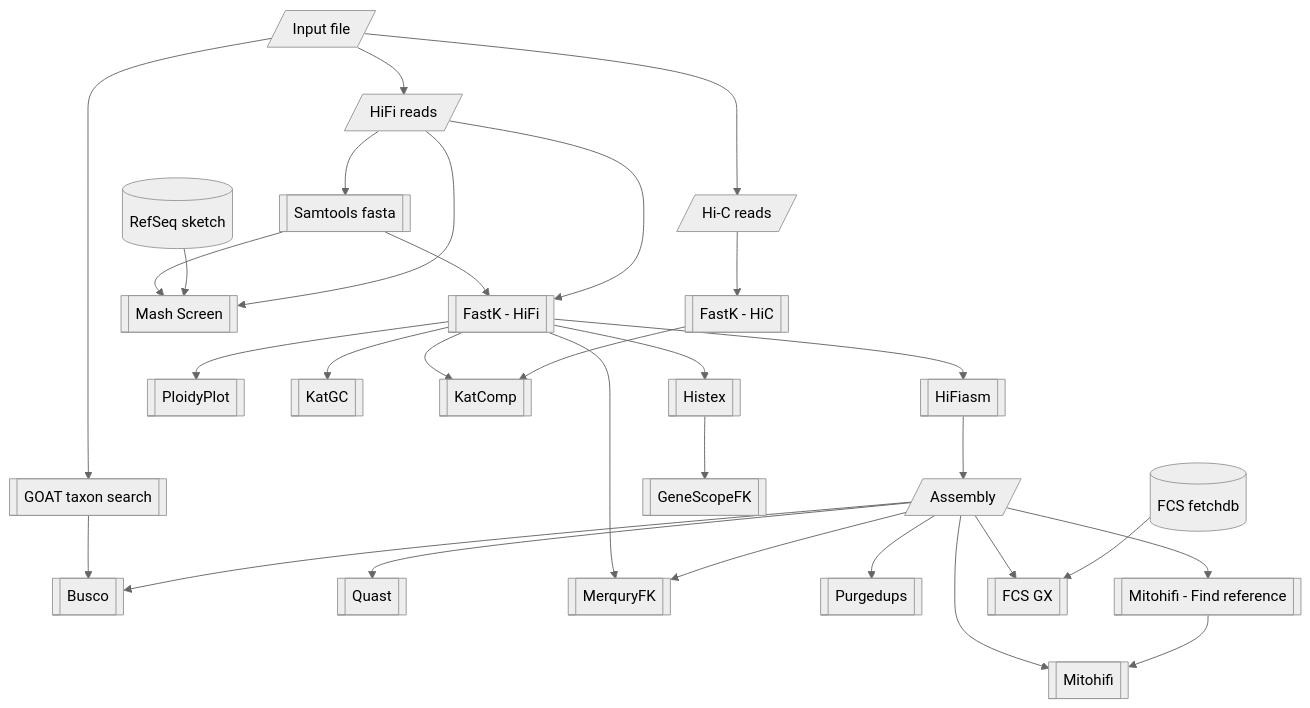
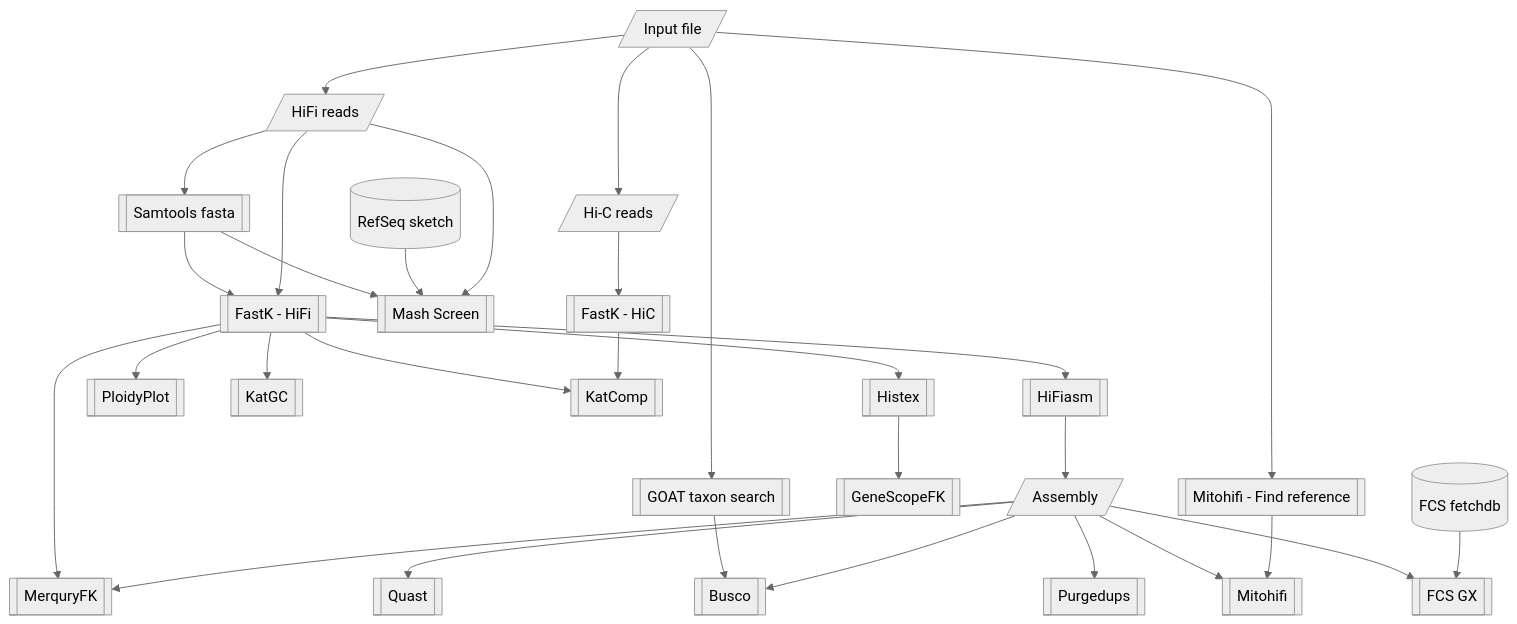
One commit to NBISweden/Earth-Biogenome-Project-pilot changed the second of 2 diagrams in README.md. Above: the diagram before and after it, drawn with Mermaid (neutral theme).

Commit message:
Update workflow implementation

````diff
--- a/README.md
+++ b/README.md
@@ -23,32 +23,32 @@
 ```mermaid
 flowchart TD
     input[/ Input file/] --> hifi
     input --> hic
     input --> goat_taxon[[ GOAT taxon search ]]
     goat_taxon --> busco
     hifi --> samtools_fa[[ Samtools fasta ]]
     samtools_fa --> fastk_hifi
     samtools_fa --> mash_screen
     hifi[/ HiFi reads /] --> fastk_hifi[[ FastK - HiFi ]]
     hic[/ Hi-C reads /] --> fastk_hic[[ FastK - HiC ]]
     assembly[/ Assembly /] --> quast[[ Quast ]]
     fastk_hifi --> histex[[ Histex ]]
     histex --> genescopefk[[ GeneScopeFK ]]
     fastk_hifi --> ploidyplot[[ PloidyPlot ]]
     fastk_hifi --> katgc[[ KatGC ]]
     fastk_hifi --> merquryfk[[ MerquryFK ]]
     assembly --> merquryfk
     fastk_hifi --> katcomp[[ KatComp ]]
     fastk_hic --> katcomp
     assembly --> busco[[ Busco ]]
     refseq_sketch[( RefSeq sketch )] --> mash_screen[[ Mash Screen ]]
     hifi --> mash_screen
     fastk_hifi --> hifiasm[[ HiFiasm ]]
     hifiasm --> assembly
     assembly --> purgedups[[ Purgedups ]]
-    assembly --> mitoref[[ Mitohifi - Find reference ]]
+    input --> mitoref[[ Mitohifi - Find reference ]]
     assembly --> mitohifi[[ Mitohifi ]]
     assembly --> fcsgx[[ FCS GX ]]
     fcs_fetchdb[( FCS fetchdb )] --> fcsgx
     mitoref --> mitohifi
 ```
````
